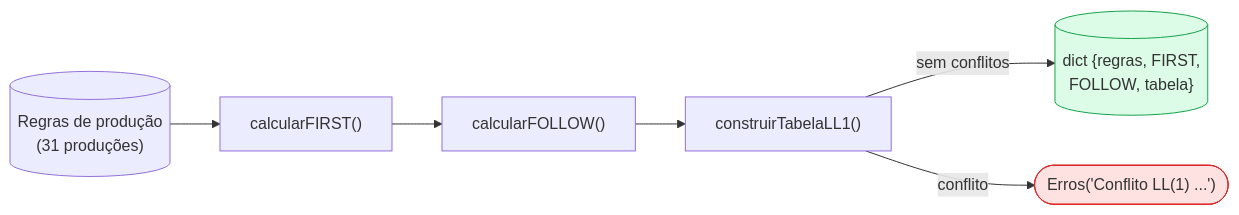
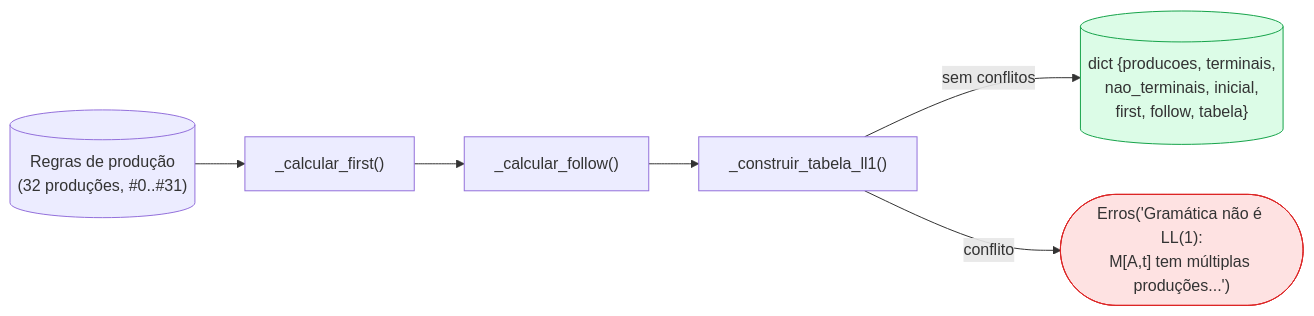
Before and after one commit to Tuizones/RA2_9: the third of 12 diagrams in docs/diagramas.md, drawn with Mermaid. The commit also changed other lines of this file and 6 other files, not shown here.

Commit message:
Diagramas do novo fluxo

````diff
--- a/docs/diagramas.md
+++ b/docs/diagramas.md
@@ -83,13 +86,13 @@
 ```mermaid
 flowchart LR
-    R[("Regras de produção<br/>(31 produções)")] --> F1["calcularFIRST()"]
-    F1 --> F2["calcularFOLLOW()"]
-    F2 --> T["construirTabelaLL1()"]
-    T -->|sem conflitos| OK[("dict {regras, FIRST,<br/>FOLLOW, tabela}")]
-    T -->|conflito| ERR(["Erros('Conflito LL(1) ...')"])
+    R[("Regras de produção<br/>(32 produções, #0..#31)")] --> F1["_calcular_first()"]
+    F1 --> F2["_calcular_follow()"]
+    F2 --> T["_construir_tabela_ll1()"]
+    T -->|sem conflitos| OK[("dict {producoes, terminais,<br/>nao_terminais, inicial,<br/>first, follow, tabela}")]
+    T -->|conflito| ERR(["Erros('Gramática não é LL(1):<br/>M[A,t] tem múltiplas produções...')"])
 
     classDef ok fill:#dcfce7,stroke:#16a34a
     classDef err fill:#fee2e2,stroke:#dc2626
     class OK ok
     class ERR err
 ```
````
